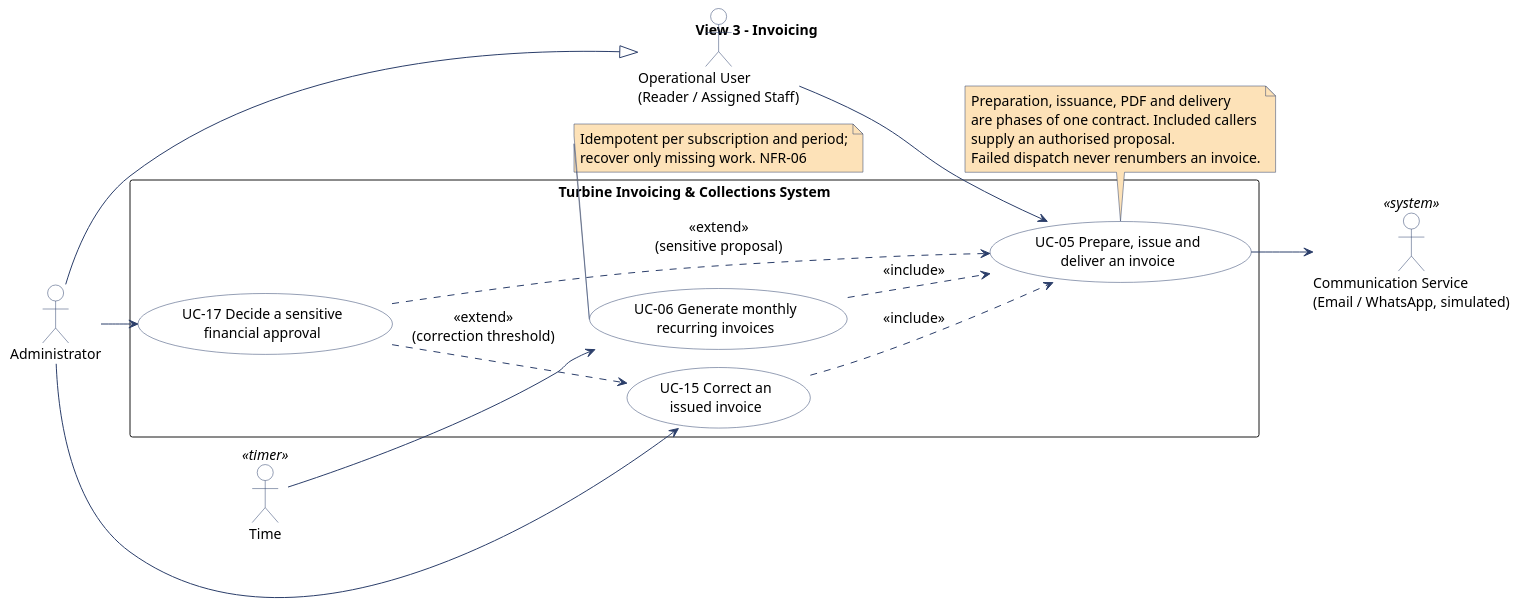
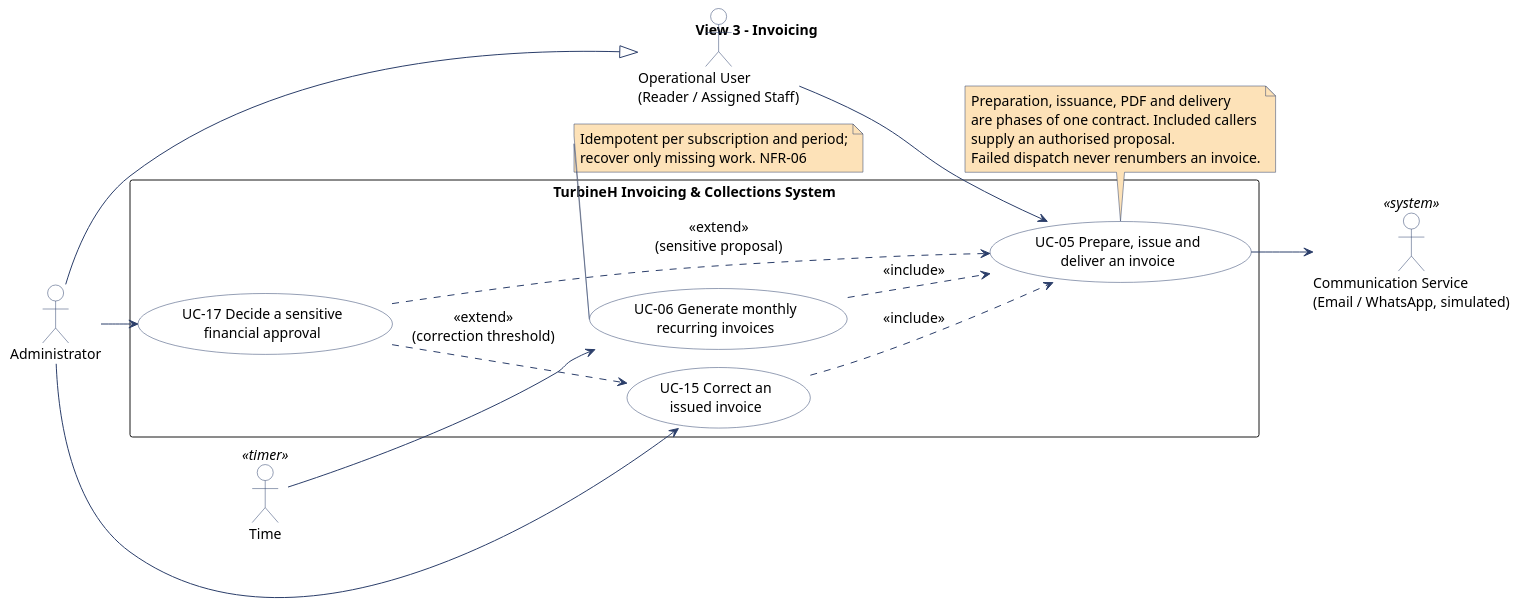
Before and after one commit to atrevete-adap/adap-project: the third of 4 diagrams in doc/src/use-case-diagram.pu, drawn with PlantUML. The commit also changed other lines of this file and 11 other files, not shown here.

```diff
--- a/doc/src/use-case-diagram.pu
+++ b/doc/src/use-case-diagram.pu
@@ -145,63 +145,63 @@
 @startuml use-case-diagram-3-invoicing
 !pragma layout smetana
 left to right direction
 skinparam shadowing false
 skinparam packageStyle rectangle
 skinparam defaultFontName SansSerif
 skinparam defaultFontSize 14
 skinparam backgroundColor #FFFFFF
 skinparam usecase {
   BackgroundColor #FFFFFF
   BorderColor #2B3E6A
   FontColor #000000
 }
 skinparam actor {
   BackgroundColor #FFFFFF
   BorderColor #2B3E6A
   FontColor #000000
 }
 skinparam note {
   BackgroundColor #FDE2B8
   BorderColor #2B3E6A
 }
 skinparam arrow {
   Color #2B3E6A
 }
 title View 3 - Invoicing
 
 actor "Operational User\n(Reader / Assigned Staff)" as OpUser
 actor "Administrator" as Admin
 actor "Time" as Time <<timer>>
 actor "Communication Service\n(Email / WhatsApp, simulated)" as CommSrv <<system>>
 
-rectangle "Turbine Invoicing & Collections System" {
+rectangle "TurbineH Invoicing & Collections System" {
   usecase "UC-05 Prepare, issue and\ndeliver an invoice" as UC05
   usecase "UC-06 Generate monthly\nrecurring invoices" as UC06
   usecase "UC-15 Correct an\nissued invoice" as UC15
   usecase "UC-17 Decide a sensitive\nfinancial approval" as UC17
 }
 
 Admin -|> OpUser
 OpUser --> UC05
 Admin --> UC15
 Admin --> UC17
 Time --> UC06
 UC05 --> CommSrv
 UC06 ..> UC05 : <<include>>
 UC15 ..> UC05 : <<include>>
 UC17 ..> UC05 : <<extend>>\n(sensitive proposal)
 UC17 ..> UC15 : <<extend>>\n(correction threshold)
 
 note bottom of UC05
   Preparation, issuance, PDF and delivery
   are phases of one contract. Included callers
   supply an authorised proposal.
   Failed dispatch never renumbers an invoice.
 end note
 
 note bottom of UC06
   Idempotent per subscription and period;
   recover only missing work. NFR-06
 end note
 
 @enduml
```
